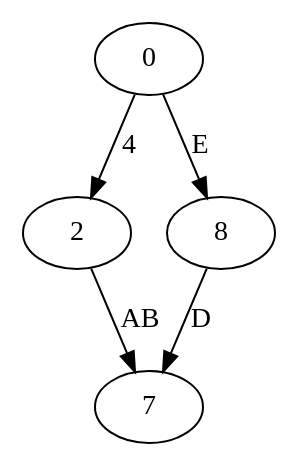
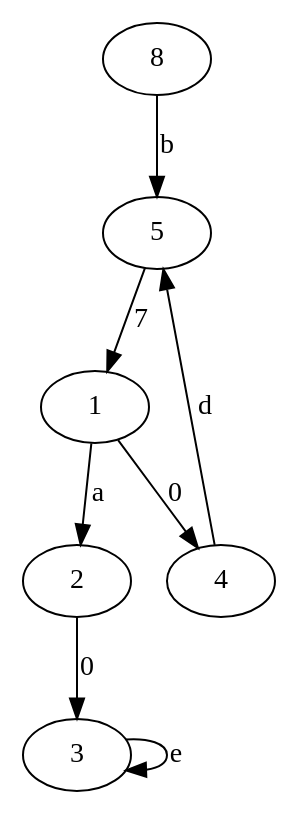
Before and after one commit to Joknaa/Project_G: the diagram in Labels.dot, drawn with Graphviz. The commit also changed 7 other files, not shown here.

```diff
--- a/Labels.dot
+++ b/Labels.dot
@@ -1,6 +1,9 @@
 digraph g {
-0->2[label="4"];
-0->8[label="E"];
-2->7[label="AB"];
-8->7[label="D"];
+5->1[label="7"];
+1->2[label="a"];
+1->4[label="0"];
+8->5[label="b"];
+2->3[label="0"];
+3->3[label="e"];
+4->5[label="d"];
 }
```
